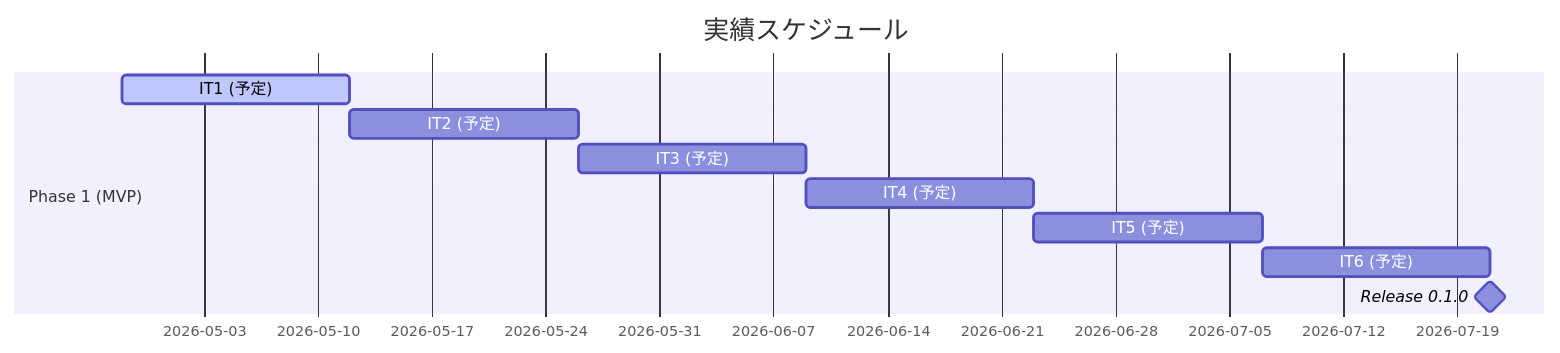
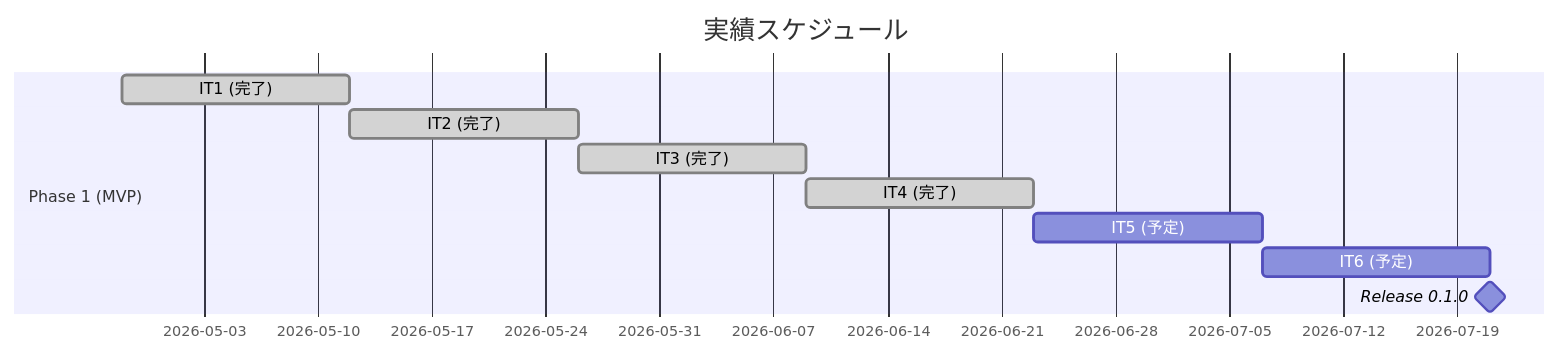
The second of 3 diagrams in docs/development/release_plan.md (k2works/case-study-cargo-tracker), drawn with Mermaid before and after one commit. The commit also changed other lines of this file and 5 other files, not shown here.

````diff
--- a/docs/development/release_plan.md
+++ b/docs/development/release_plan.md
@@ -177,13 +177,13 @@
 ```mermaid
 gantt
     title 実績スケジュール
     dateFormat  YYYY-MM-DD
     section Phase 1 (MVP)
-    IT1 (予定)                    :active, a1, 2026-04-28, 14d
-    IT2 (予定)                    :a2, after a1, 14d
-    IT3 (予定)                    :a3, after a2, 14d
-    IT4 (予定)                    :a4, after a3, 14d
+    IT1 (完了)                    :done, a1, 2026-04-28, 14d
+    IT2 (完了)                    :done, a2, after a1, 14d
+    IT3 (完了)                    :done, a3, after a2, 14d
+    IT4 (完了)                    :done, a4, after a3, 14d
     IT5 (予定)                    :a5, after a4, 14d
     IT6 (予定)                    :a6, after a5, 14d
     Release 0.1.0                 :milestone, ma1, after a6, 0d
 ```
````
